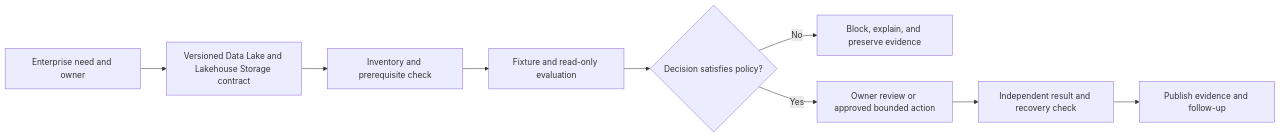
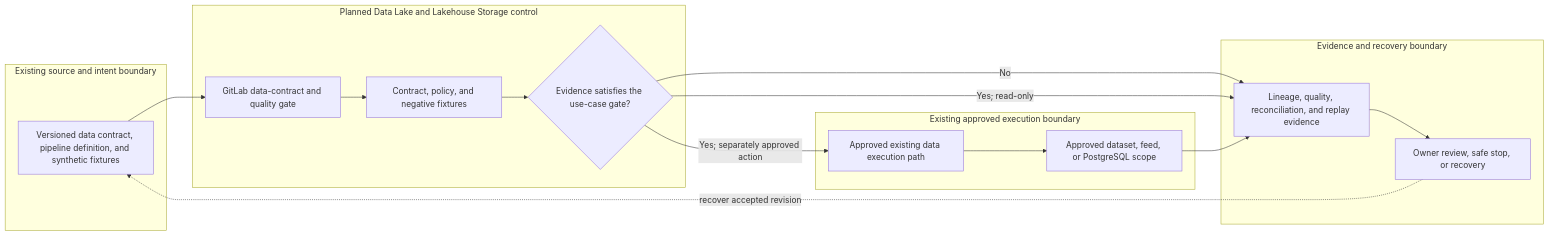
Before and after one commit to MIDHTECH/enterprise-architecture-docs: the diagram in docs/use-cases/data/UC-DATA-011-data-lake-and-lakehouse-storage.md, drawn with Mermaid. The commit also changed other lines of this file and 227 other files, not shown here.

Commit message:
Deepen architecture for all use case designs

````diff
--- a/docs/use-cases/data/UC-DATA-011-data-lake-and-lakehouse-storage.md
+++ b/docs/use-cases/data/UC-DATA-011-data-lake-and-lakehouse-storage.md
@@ -136,11 +129,25 @@
 ```mermaid
 flowchart LR
-    Need["Enterprise need and owner"] --> Contract["Versioned Data Lake and Lakehouse Storage contract"]
-    Contract --> Preflight["Inventory and prerequisite check"]
-    Preflight --> Evaluate["Fixture and read-only evaluation"]
-    Evaluate --> Decision{"Decision satisfies policy?"}
-    Decision -->|No| Stop["Block, explain, and preserve evidence"]
-    Decision -->|Yes| Review["Owner review or approved bounded action"]
-    Review --> Verify["Independent result and recovery check"]
-    Verify --> Publish["Publish evidence and follow-up"]
+    subgraph Source["Existing source and intent boundary"]
+        A["Versioned data contract, pipeline definition, and synthetic fixtures"]
+    end
+    subgraph Planned["Planned Data Lake and Lakehouse Storage control"]
+        B["GitLab data-contract and quality gate"]
+        C["Contract, policy, and negative fixtures"]
+        D{"Evidence satisfies the use-case gate?"}
+    end
+    subgraph Runtime["Existing approved execution boundary"]
+        E["Approved existing data execution path"]
+        F["Approved dataset, feed, or PostgreSQL scope"]
+    end
+    subgraph Assurance["Evidence and recovery boundary"]
+        G["Lineage, quality, reconciliation, and replay evidence"]
+        H["Owner review, safe stop, or recovery"]
+    end
+
+    A --> B --> C --> D
+    D -->|No| G --> H
+    D -->|Yes; read-only| G
+    D -->|Yes; separately approved action| E --> F --> G
+    H -. recover accepted revision .-> A
 ```
````
